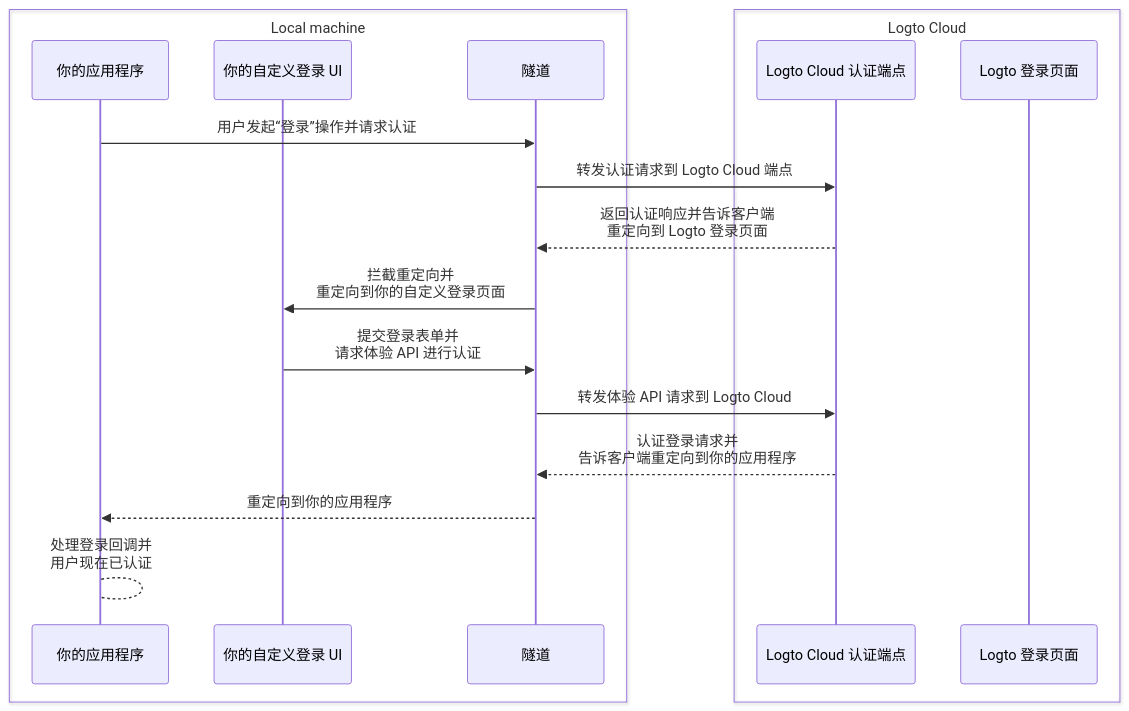
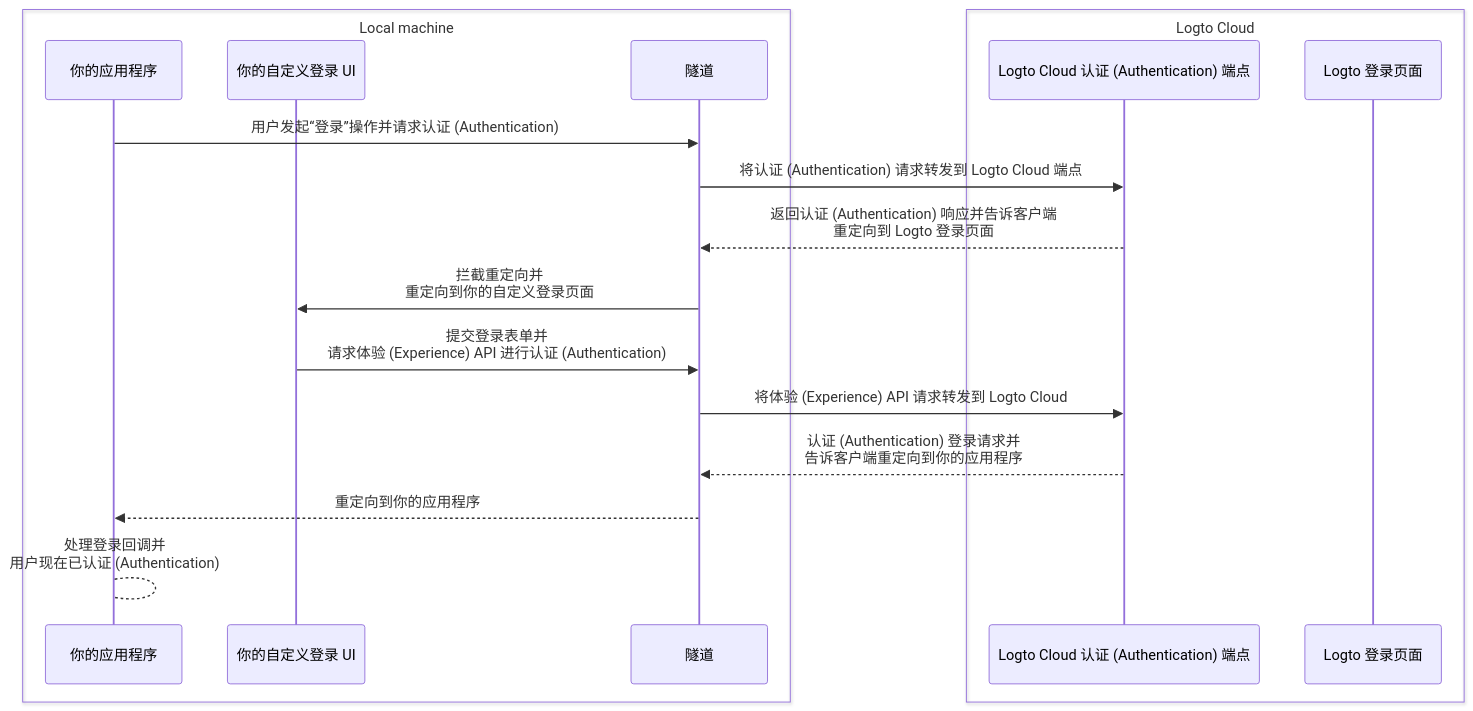
Before and after one commit to logto-io/docs: the second of 2 diagrams in i18n/zh-CN/docusaurus-plugin-content-docs/current/customization/bring-your-ui/debug-and-test-your-custom-ui-locally.mdx, drawn with Mermaid. The commit also changed other lines of this file and 428 other files, not shown here.

````diff
--- a/i18n/zh-CN/docusaurus-plugin-content-docs/current/customization/bring-your-ui/debug-and-test-your-custom-ui-locally.mdx
+++ b/i18n/zh-CN/docusaurus-plugin-content-docs/current/customization/bring-your-ui/debug-and-test-your-custom-ui-locally.mdx
@@ -42,21 +44,21 @@
 ```mermaid
 sequenceDiagram
     box Local machine
     participant A as 你的应用程序
     participant B as 你的自定义登录 UI
     participant C as 隧道
     end
     box Logto Cloud
-    participant D as Logto Cloud 认证端点
+    participant D as Logto Cloud 认证 (Authentication) 端点
     participant E as Logto 登录页面
     end
-    A ->> C: 用户发起“登录”操作并请求认证
-    C ->> D: 转发认证请求到 Logto Cloud 端点
-    D -->> C: 返回认证响应并告诉客户端<br/>重定向到 Logto 登录页面
+    A ->> C: 用户发起“登录”操作并请求认证 (Authentication)
+    C ->> D: 将认证 (Authentication) 请求转发到 Logto Cloud 端点
+    D -->> C: 返回认证 (Authentication) 响应并告诉客户端<br/>重定向到 Logto 登录页面
     C ->> B: 拦截重定向并<br/>重定向到你的自定义登录页面
-    B ->> C: 提交登录表单并<br/>请求体验 API 进行认证
-    C ->> D: 转发体验 API 请求到 Logto Cloud
-    D -->> C: 认证登录请求并<br/>告诉客户端重定向到你的应用程序
+    B ->> C: 提交登录表单并<br/>请求体验 (Experience) API 进行认证 (Authentication)
+    C ->> D: 将体验 (Experience) API 请求转发到 Logto Cloud
+    D -->> C: 认证 (Authentication) 登录请求并<br/>告诉客户端重定向到你的应用程序
     C -->> A: 重定向到你的应用程序
-    A --> A: 处理登录回调并<br/>用户现在已认证
+    A --> A: 处理登录回调并<br/>用户现在已认证 (Authentication)
 ```
````
